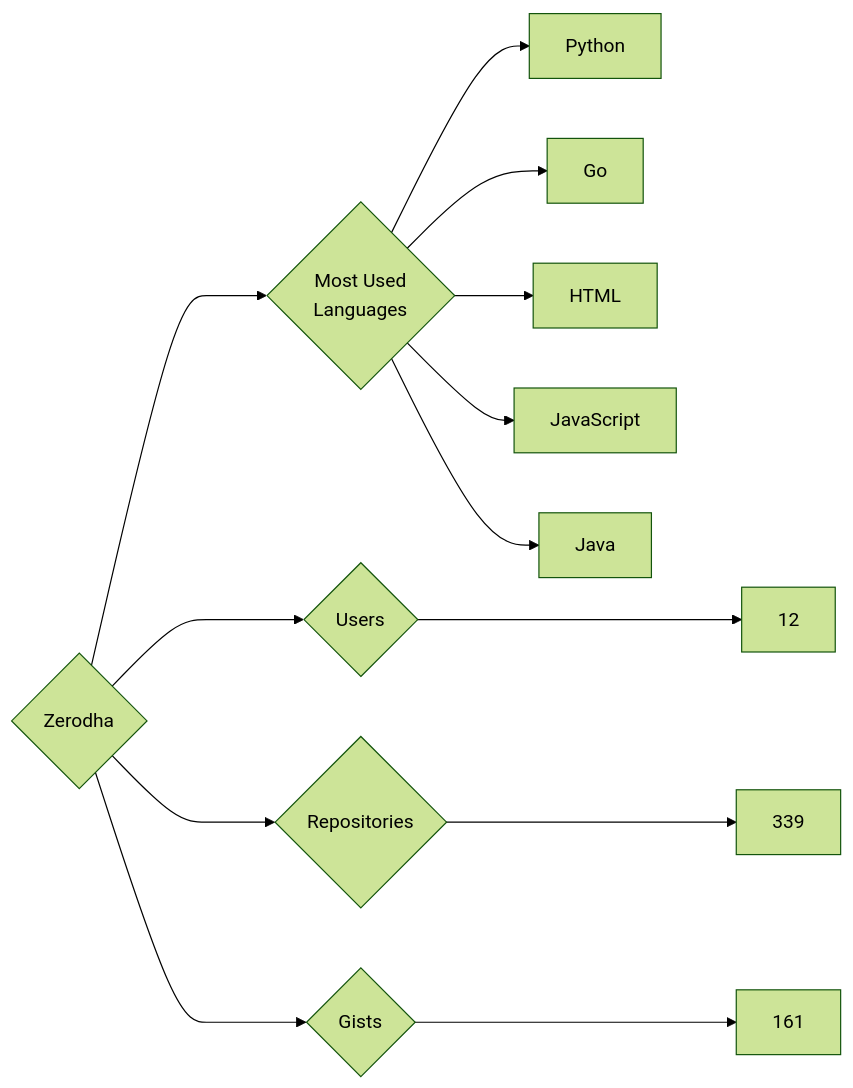
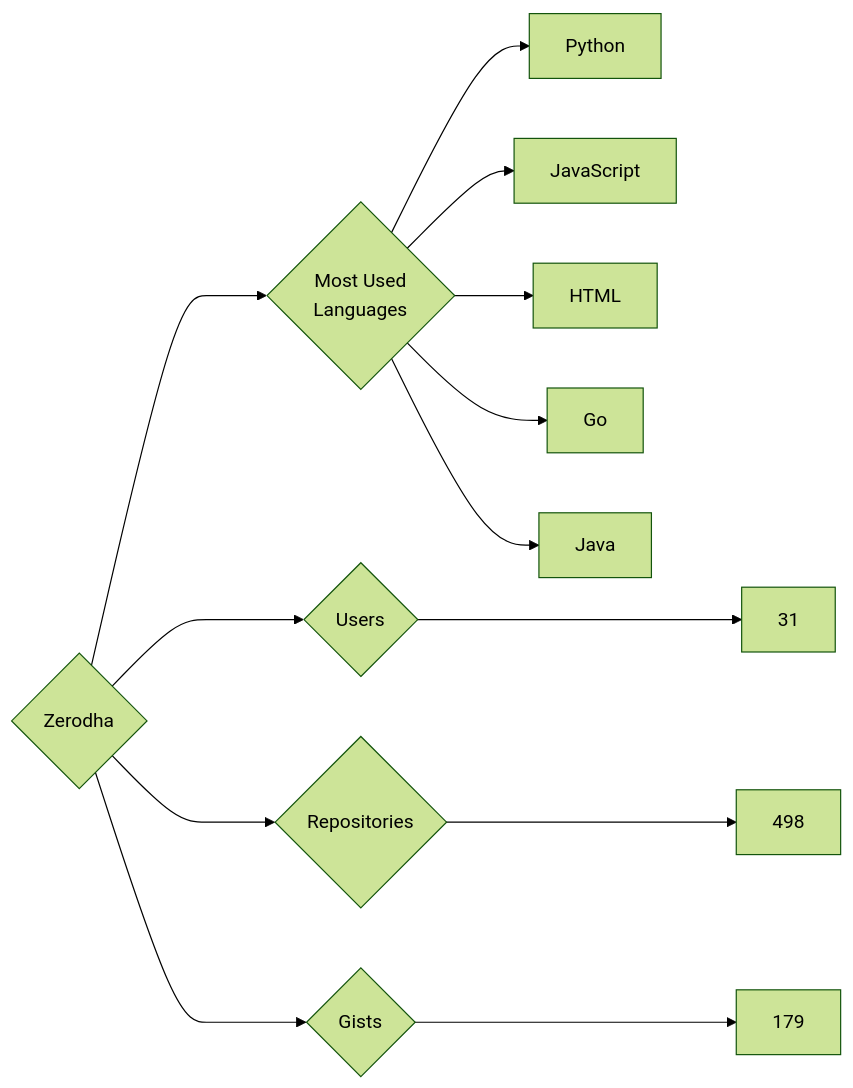
The diagram in targets/Zerodha/README.md (trickest/insiders), drawn with Mermaid (forest theme) before and after one commit. The commit also changed 833 other files, not shown here.

````diff
--- a/targets/Zerodha/README.md
+++ b/targets/Zerodha/README.md
@@ -3,13 +3,13 @@
 ```mermaid
 graph LR
 COMPANY_NAME{Zerodha}
-COMPANY_NAME ---> U{Users} ---> UN[12]
-COMPANY_NAME ---> R{Repositories} ---> RN[339]
-COMPANY_NAME ---> G{Gists} ---> GN[161]
+COMPANY_NAME ---> U{Users} ---> UN[31]
+COMPANY_NAME ---> R{Repositories} ---> RN[498]
+COMPANY_NAME ---> G{Gists} ---> GN[179]
 COMPANY_NAME ---> ML{Most Used<br>Languages}
 ML --> Python[Python]
+ML --> JavaScript[JavaScript]
+ML --> HTML[HTML]
 ML --> Go[Go]
-ML --> HTML[HTML]
-ML --> JavaScript[JavaScript]
 ML --> Java[Java]
 ```
````
